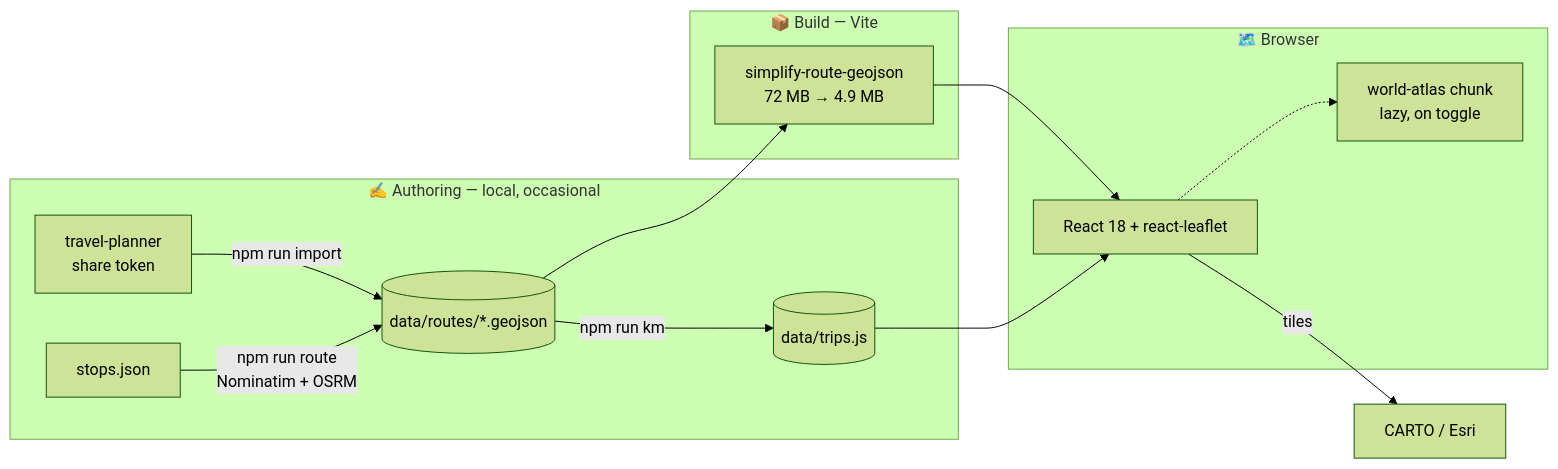
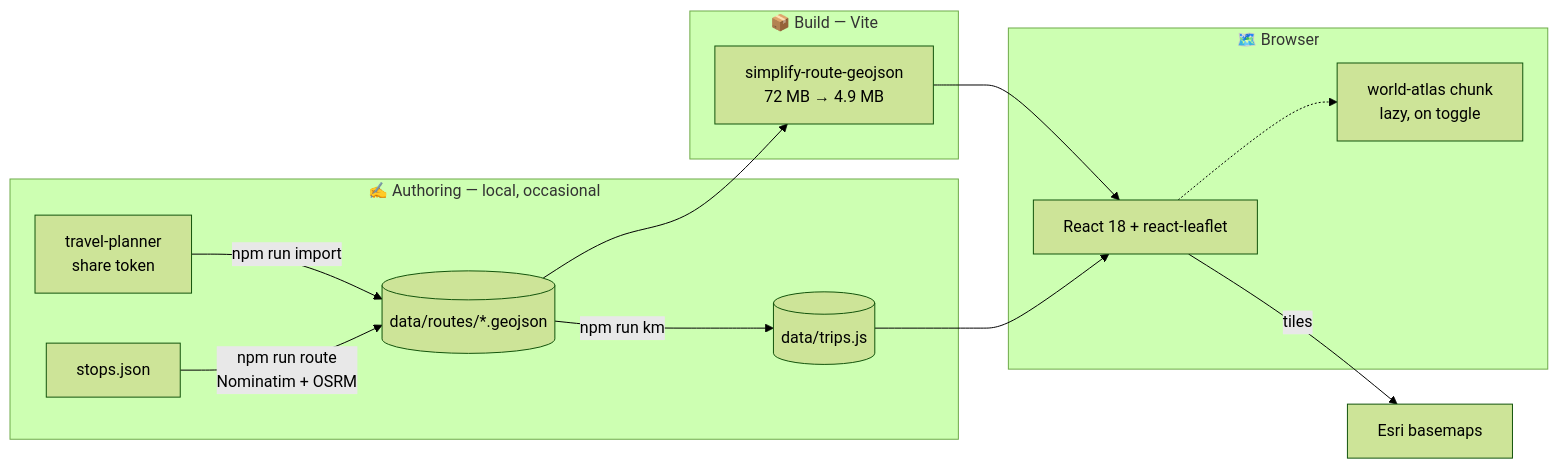
Before and after one commit to thkleinert/travel-map: the diagram in README.md, drawn with Mermaid (forest theme). The commit also changed other lines of this file and 5 other files, not shown here.

First line of the commit message:
Replace CARTO basemaps with keyless Esri Canvas tiles

````diff
--- a/README.md
+++ b/README.md
@@ -157,23 +157,23 @@
 ```mermaid
 flowchart LR
     subgraph authoring["✍️ Authoring — local, occasional"]
         planner["travel-planner<br/>share token"]
         stops["stops.json"]
         geo[("data/routes/*.geojson")]
         meta[("data/trips.js")]
         planner -->|"npm run import"| geo
         stops -->|"npm run route<br/>Nominatim + OSRM"| geo
         geo -->|"npm run km"| meta
     end
     subgraph build["📦 Build — Vite"]
         simplify["simplify-route-geojson<br/>72 MB → 4.9 MB"]
     end
     subgraph client["🗺️ Browser"]
         app["React 18 + react-leaflet"]
         atlas["world-atlas chunk<br/>lazy, on toggle"]
     end
     geo --> simplify --> app
     meta --> app
-    app -->|"tiles"| cdn["CARTO / Esri"]
+    app -->|"tiles"| cdn["Esri basemaps"]
     app -.-> atlas
 ```
````
